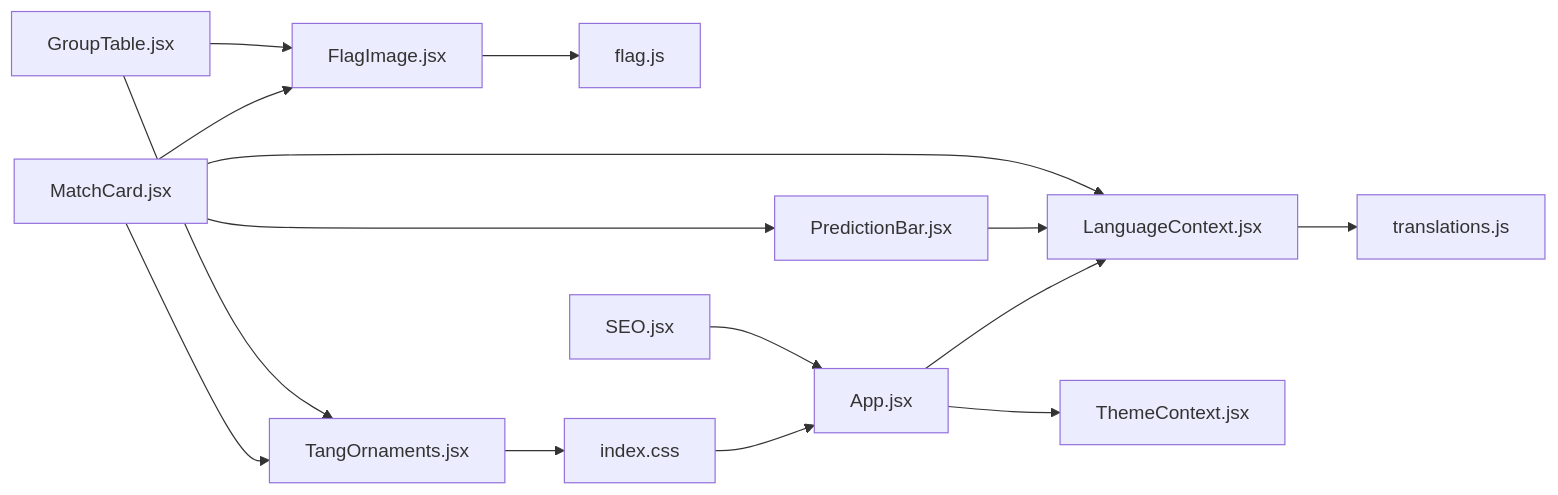
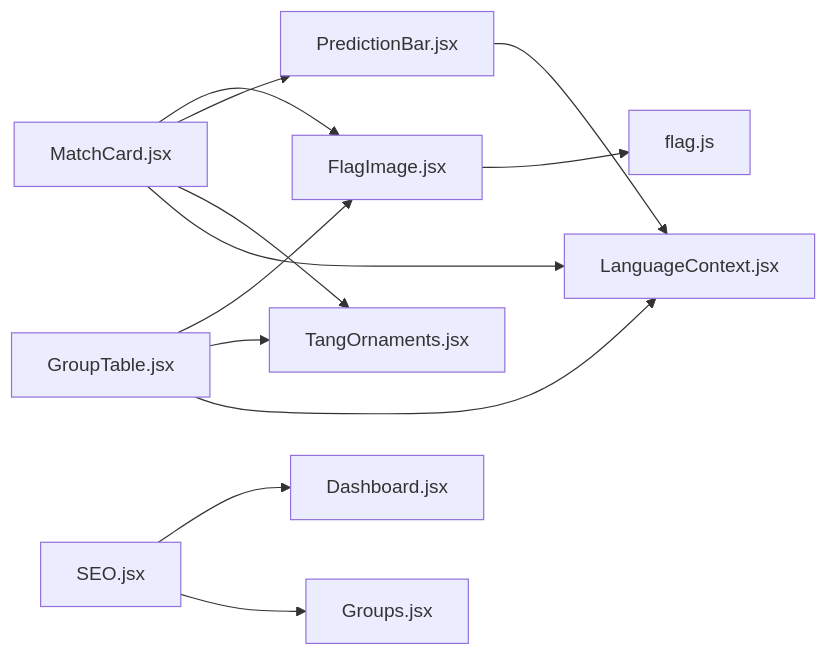
One commit to cheesiong/WC26-qwen changed the ninth of 9 diagrams in .qoder/repowiki/en/content/Frontend Application/UI Components.md. Above: the diagram before and after it, drawn with Mermaid. The commit also changed other lines of this file and 181 other files, not shown here.

````diff
--- a/.qoder/repowiki/en/content/Frontend Application/UI Components.md
+++ b/.qoder/repowiki/en/content/Frontend Application/UI Components.md
@@ -355,17 +430,14 @@
 ```mermaid
 graph LR
-FI["FlagImage.jsx"] --> FL["flag.js"]
+FI["FlagImage.jsx"] --> FU["flag.js"]
+MC["MatchCard.jsx"] --> FI
+MC --> PB["PredictionBar.jsx"]
+MC --> TO["TangOrnaments.jsx"]
 GT["GroupTable.jsx"] --> FI
-GT --> TO["TangOrnaments.jsx"]
-MC["MatchCard.jsx"] --> PB["PredictionBar.jsx"]
-MC --> FI
-MC --> TO
-MC --> LC["LanguageContext.jsx"]
-PB --> LC
-SEO["SEO.jsx"] --> APP["App.jsx"]
-TO --> CSS["index.css"]
-LC --> TR["translations.js"]
-APP --> LC
-APP --> TC["ThemeContext.jsx"]
-CSS --> APP
+GT --> TO
+PB --> LC["LanguageContext.jsx"]
+MC --> LC
+GT --> LC
+SEO["SEO.jsx"] --> DASH["Dashboard.jsx"]
+SEO --> GRPS["Groups.jsx"]
 ```
````
